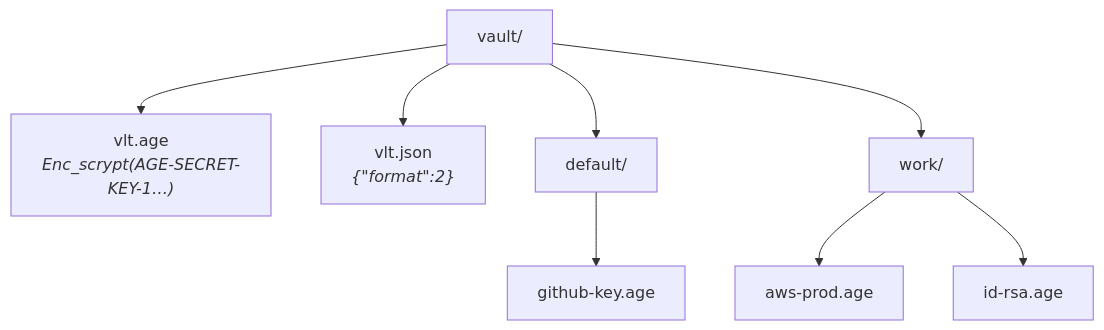
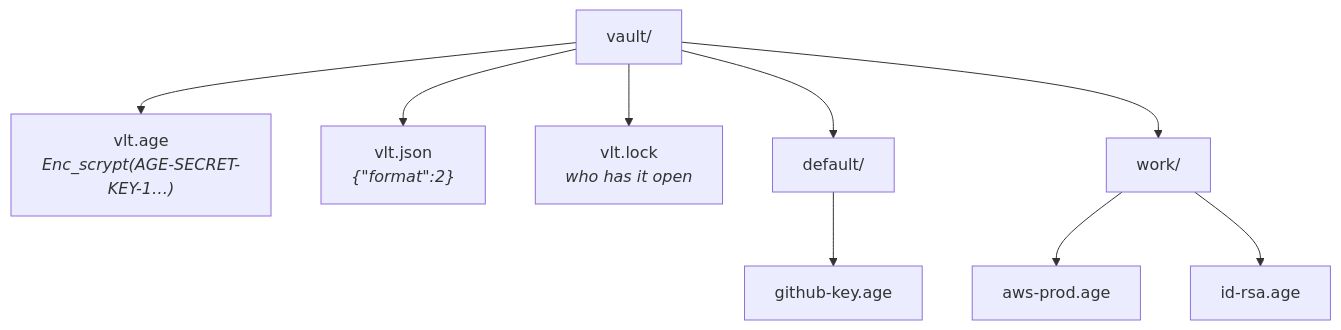
One commit to heyjdp/vlt changed the first of 2 diagrams in vault-vlt/Architecture/Storage Format.md. Above: the diagram before and after it, drawn with Mermaid. The commit also changed other lines of this file and 49 other files, not shown here.

````diff
--- a/vault-vlt/Architecture/Storage Format.md
+++ b/vault-vlt/Architecture/Storage Format.md
@@ -13,10 +13,11 @@
 ```mermaid
 graph TD
     root["vault/"] --> key["vlt.age<br/><i>Enc_scrypt(AGE-SECRET-KEY-1…)</i>"]
     root --> fmt["vlt.json<br/><i>{&quot;format&quot;:2}</i>"]
+    root --> lock["vlt.lock<br/><i>who has it open</i>"]
     root --> g1["default/"]
     root --> g2["work/"]
     g1 --> f1["github-key.age"]
     g2 --> f2["aws-prod.age"]
     g2 --> f3["id-rsa.age"]
 ```
````
